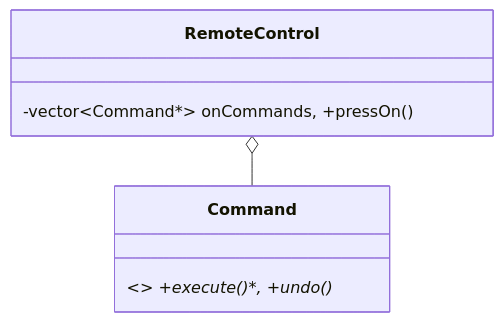
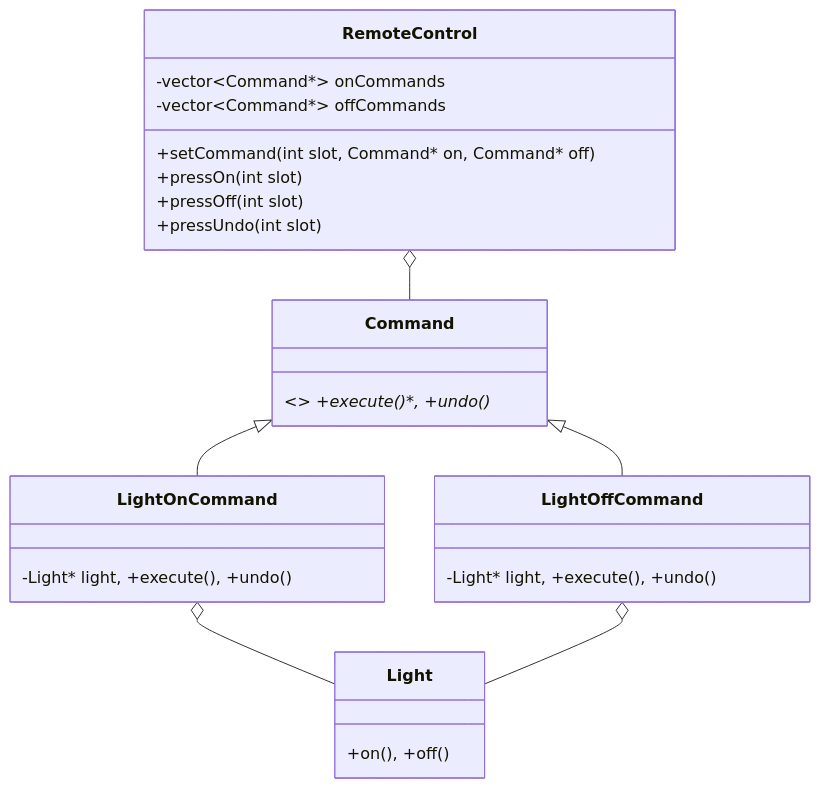
Diagram 17 of 22 in readme.md (divyap271/systemDesign), drawn with Mermaid before and after one commit. The commit also changed other lines of this file, not shown here.

````diff
--- a/readme.md
+++ b/readme.md
@@ -220,6 +443,20 @@
 ```mermaid
 classDiagram
     class Command { <<interface>> +execute()*, +undo()* }
-    class RemoteControl { -vector~Command*~ onCommands, +pressOn() }
+    class LightOnCommand { -Light* light, +execute(), +undo() }
+    class LightOffCommand { -Light* light, +execute(), +undo() }
+    class Light { +on(), +off() }
+    class RemoteControl {
+        -vector~Command*~ onCommands
+        -vector~Command*~ offCommands
+        +setCommand(int slot, Command* on, Command* off)
+        +pressOn(int slot)
+        +pressOff(int slot)
+        +pressUndo(int slot)
+    }
+    Command <|-- LightOnCommand
+    Command <|-- LightOffCommand
+    LightOnCommand o-- Light
+    LightOffCommand o-- Light
     RemoteControl o-- Command
 ```
````
